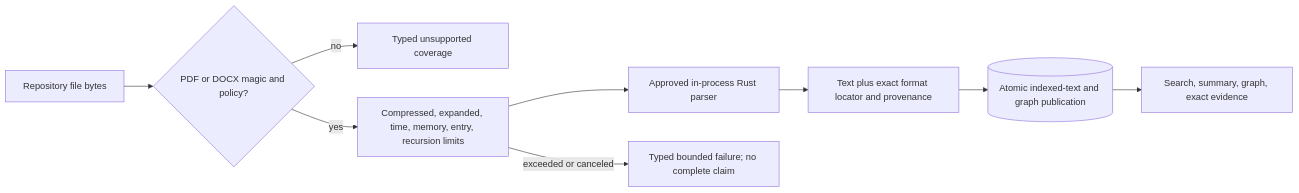
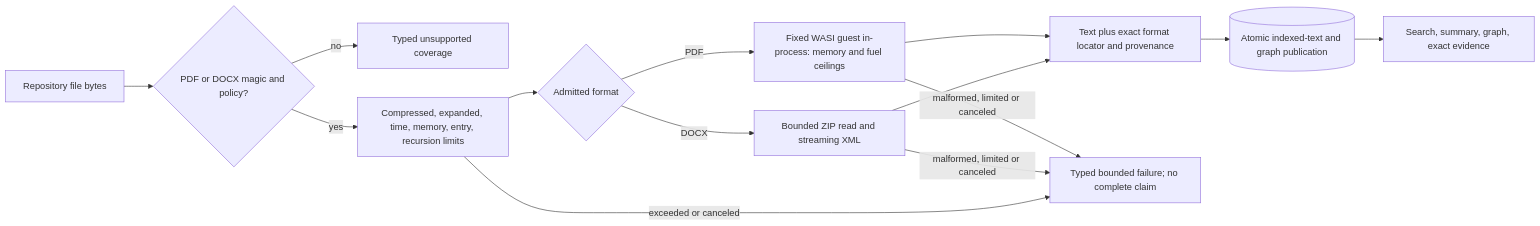
Before and after one commit to styler-ai/ProjectAtlas: diagram 12 of 28 in docs/v050-release-architecture.md, drawn with Mermaid. The commit also changed other lines of this file and 48 other files, not shown here.

First line of the commit message:
feat(documents): index bounded PDF and DOCX evidence (#465) (#569)

````diff
--- a/docs/v050-release-architecture.md
+++ b/docs/v050-release-architecture.md
@@ -202,11 +202,16 @@
 ```mermaid
 flowchart LR
     file[Repository file bytes] --> admit{PDF or DOCX magic and policy?}
     admit -->|no| unsupported[Typed unsupported coverage]
     admit -->|yes| limits[Compressed, expanded, time, memory, entry, recursion limits]
-    limits --> parser[Approved in-process Rust parser]
-    parser --> evidence[Text plus exact format locator and provenance]
+    limits --> format{Admitted format}
+    format -->|PDF| pdf[Fixed WASI guest in-process: memory and fuel ceilings]
+    format -->|DOCX| docx[Bounded ZIP read and streaming XML]
+    pdf --> evidence[Text plus exact format locator and provenance]
+    docx --> evidence
+    pdf -->|malformed, limited or canceled| bounded
+    docx -->|malformed, limited or canceled| bounded
     evidence --> publish[(Atomic indexed-text and graph publication)]
     publish --> navigate[Search, summary, graph, exact evidence]
     limits -->|exceeded or canceled| bounded[Typed bounded failure; no complete claim]
 ```
````
